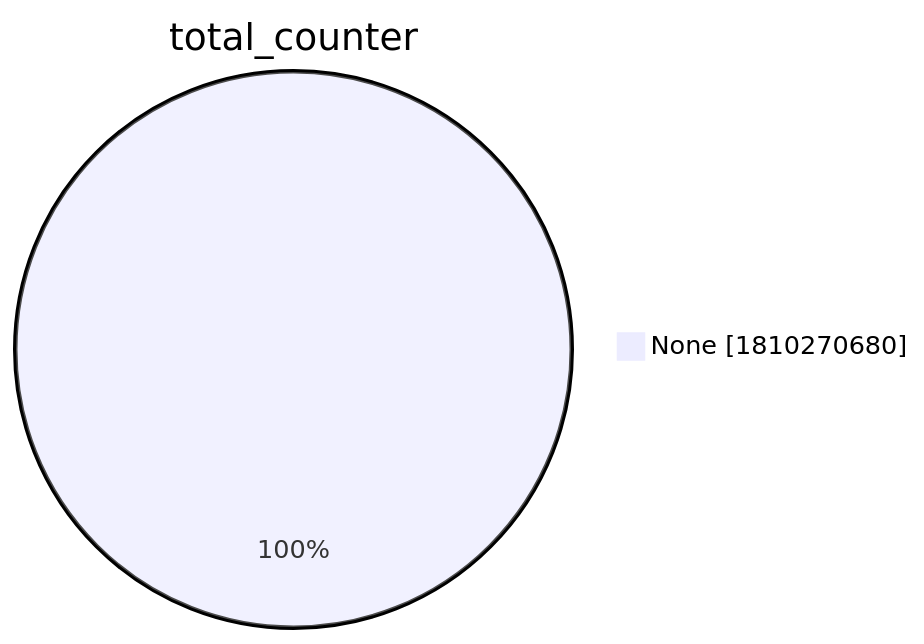
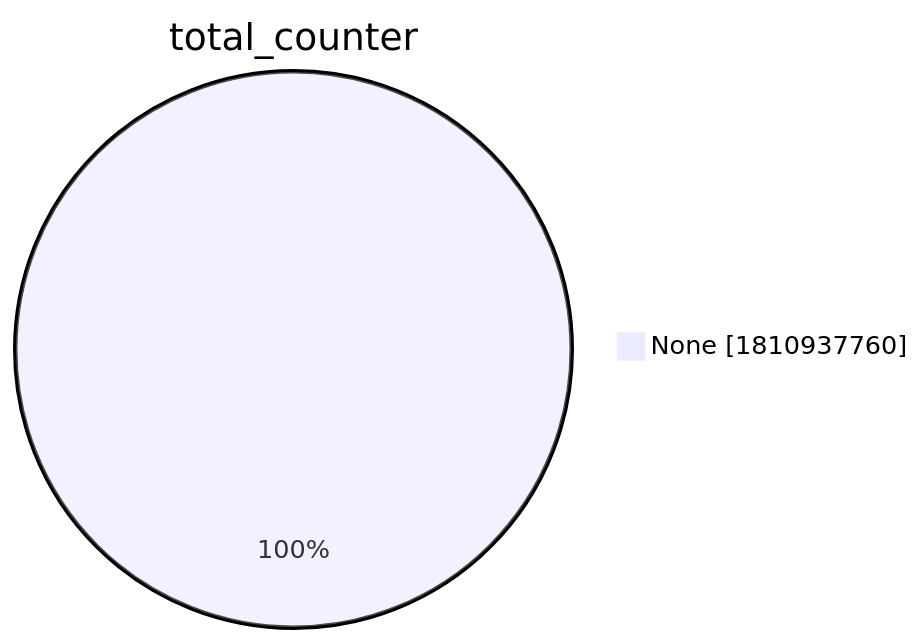
The second of 15 diagrams in xenon2022/README.md (christiankrug/ctmonitor_visualization), drawn with Mermaid before and after one commit. The commit also changed other lines of this file, not shown here.

````diff
--- a/xenon2022/README.md
+++ b/xenon2022/README.md
@@ -9,5 +9,5 @@
 ```mermaid
 pie showData
 title total_counter
-"None" :1810270680
+"None" :1810937760
 ```
````
